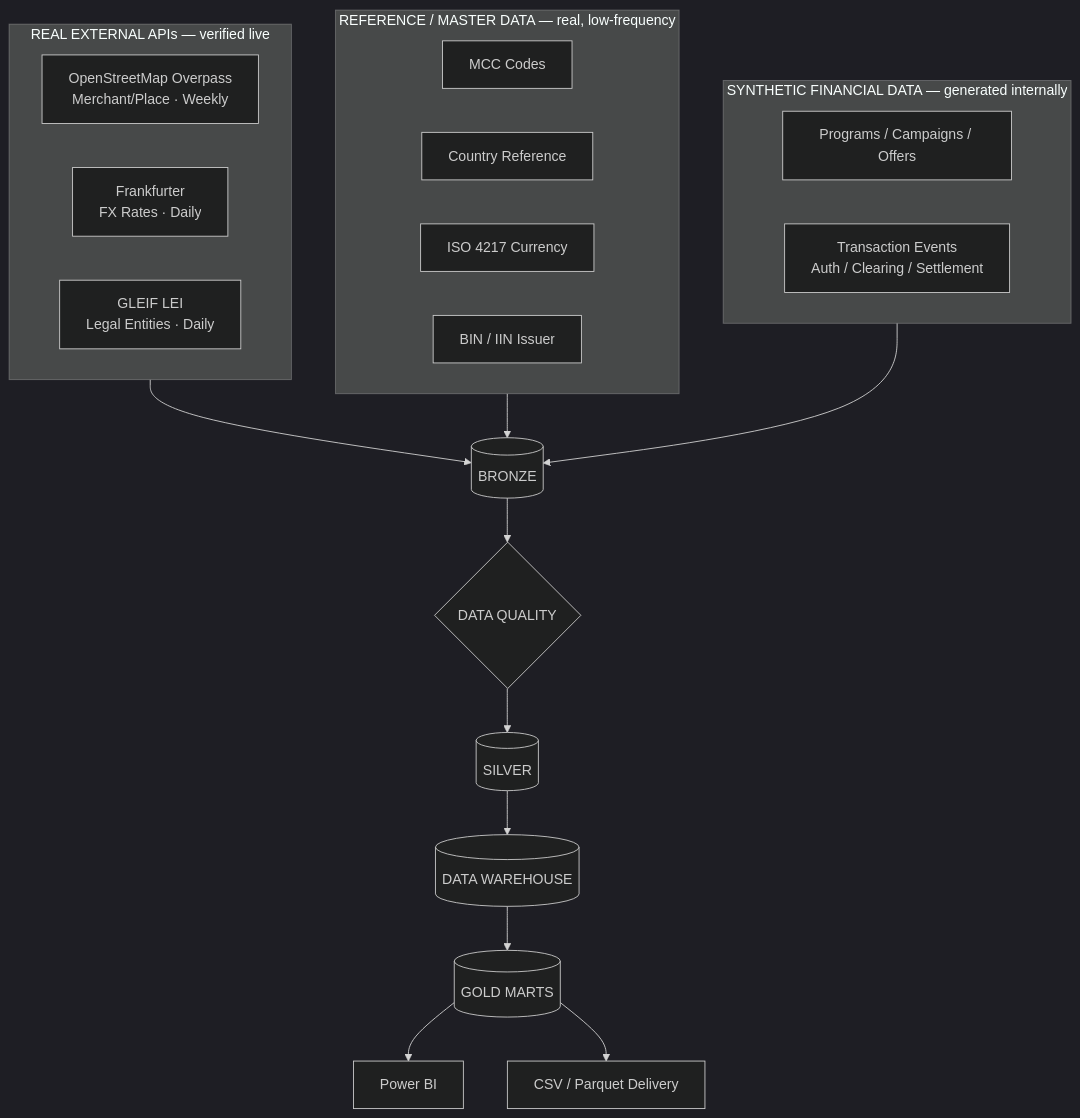
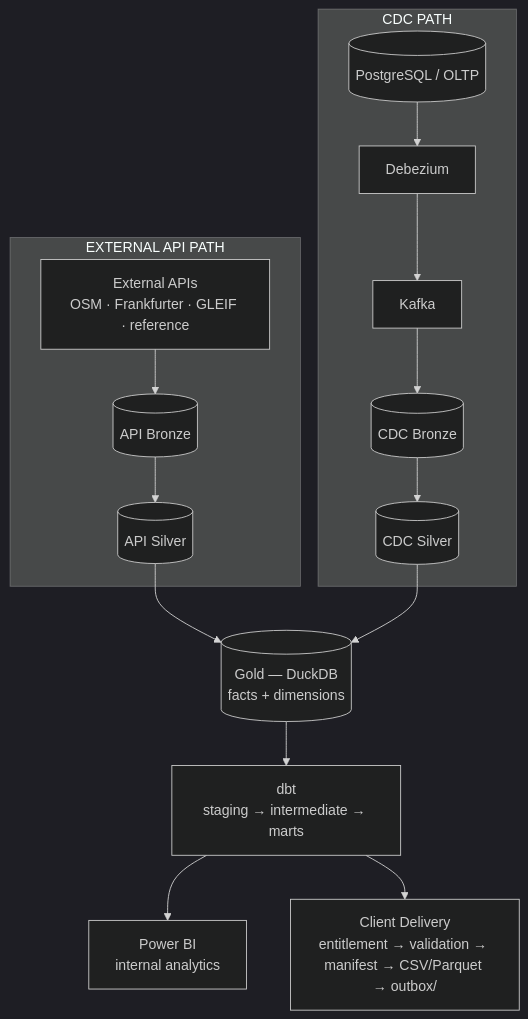
Before and after one commit to mumairnawaz/MerchantMCC-DE: the diagram in architecture/README.md, drawn with Mermaid (dark theme). The commit also changed other lines of this file and 234 other files, not shown here.

Commit message:
Build MerchantMCC data engineering platform

````diff
--- a/architecture/README.md
+++ b/architecture/README.md
@@ -10,28 +10,14 @@
 ```mermaid
 flowchart TB
-    subgraph REAL["REAL EXTERNAL APIs — verified live"]
-        OSM["OpenStreetMap Overpass<br/>Merchant/Place · Weekly"]
-        FX["Frankfurter<br/>FX Rates · Daily"]
-        GLEIF["GLEIF LEI<br/>Legal Entities · Daily"]
+    subgraph API_PATH["EXTERNAL API PATH"]
+        EXT["External APIs<br/>OSM · Frankfurter · GLEIF · reference"] --> ABronze[("API Bronze")] --> ASilver[("API Silver")]
     end
-    subgraph REF["REFERENCE / MASTER DATA — real, low-frequency"]
-        MCC["MCC Codes"]
-        CTRY["Country Reference"]
-        ISO["ISO 4217 Currency"]
-        BIN["BIN / IIN Issuer"]
+    subgraph CDC_PATH["CDC PATH"]
+        PG[("PostgreSQL / OLTP")] --> DBZ["Debezium"] --> KAFKA["Kafka"] --> CBronze[("CDC Bronze")] --> CSilver[("CDC Silver")]
     end
-    subgraph SYN["SYNTHETIC FINANCIAL DATA — generated internally"]
-        OLTP["Programs / Campaigns / Offers"]
-        EVT["Transaction Events<br/>Auth / Clearing / Settlement"]
-    end
-
-    REAL --> BRONZE
-    REF --> BRONZE
-    SYN --> BRONZE
-    BRONZE[("BRONZE")] --> DQ{"DATA QUALITY"}
-    DQ --> SILVER[("SILVER")]
-    SILVER --> WH[("DATA WAREHOUSE")]
-    WH --> GOLD[("GOLD MARTS")]
-    GOLD --> BI["Power BI"]
-    GOLD --> FILES["CSV / Parquet Delivery"]
+    ASilver --> GOLD[("Gold — DuckDB<br/>facts + dimensions")]
+    CSilver --> GOLD
+    GOLD --> DBT["dbt<br/>staging → intermediate → marts"]
+    DBT --> BI["Power BI<br/>internal analytics"]
+    DBT --> DELIVERY["Client Delivery<br/>entitlement → validation → manifest → CSV/Parquet → outbox/"]
 ```
````
